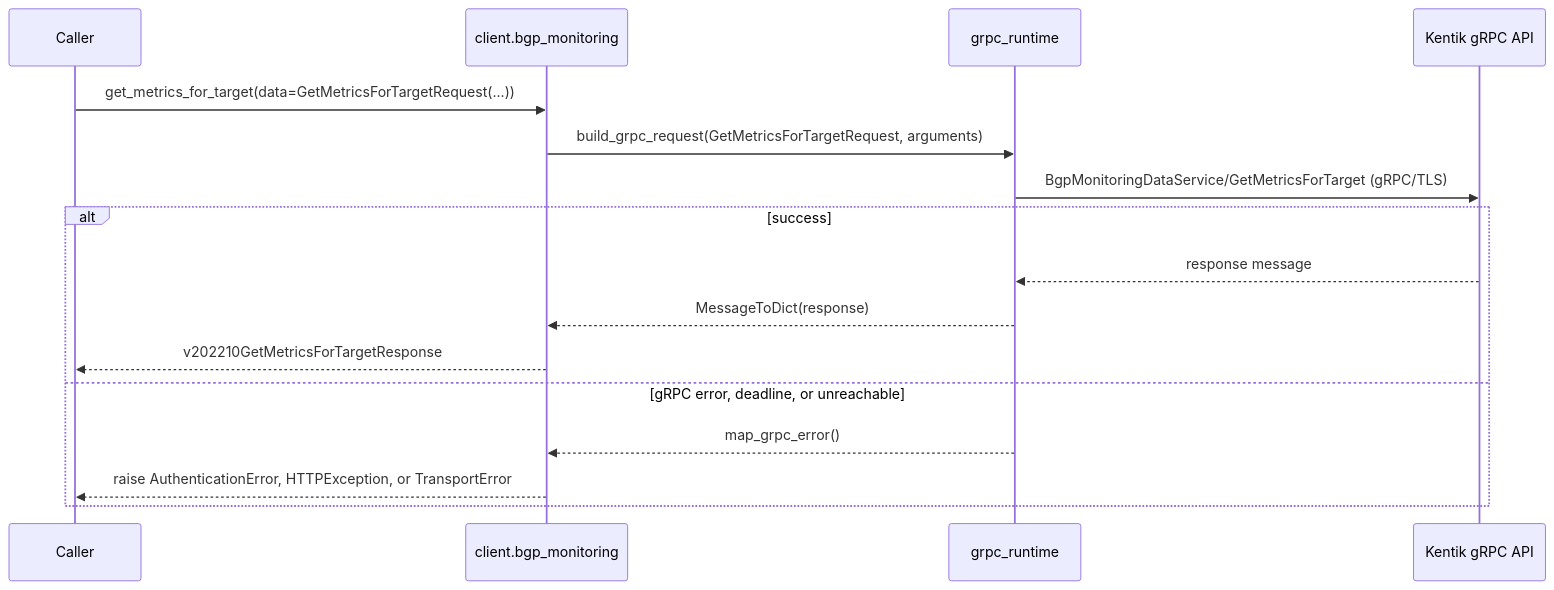
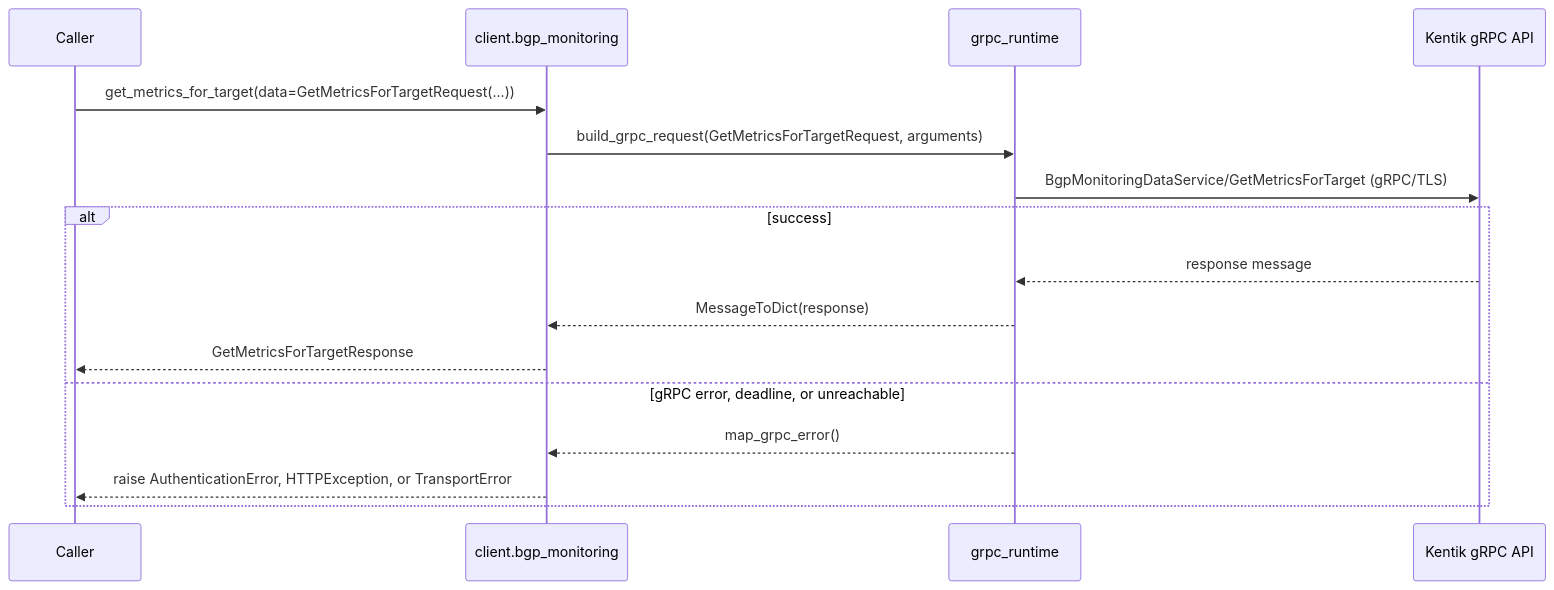
Before and after one commit to alexdearaujo/community_sdk_python: the third of 18 diagrams in docs/sphinx/services/bgp_monitoring.md, drawn with Mermaid. The commit also changed other lines of this file and 38 other files, not shown here.

````diff
--- a/docs/sphinx/services/bgp_monitoring.md
+++ b/docs/sphinx/services/bgp_monitoring.md
@@ -61,19 +61,19 @@
 ```mermaid
 sequenceDiagram
     participant C as Caller
     participant W as client.bgp_monitoring
     participant R as grpc_runtime
     participant API as Kentik gRPC API
 
     C->>W: get_metrics_for_target(data=GetMetricsForTargetRequest(...))
     W->>R: build_grpc_request(GetMetricsForTargetRequest, arguments)
     R->>API: BgpMonitoringDataService/GetMetricsForTarget (gRPC/TLS)
     alt success
         API-->>R: response message
         R-->>W: MessageToDict(response)
-        W-->>C: v202210GetMetricsForTargetResponse
+        W-->>C: GetMetricsForTargetResponse
     else gRPC error, deadline, or unreachable
         R-->>W: map_grpc_error()
         W-->>C: raise AuthenticationError, HTTPException, or TransportError
     end
 ```
````
